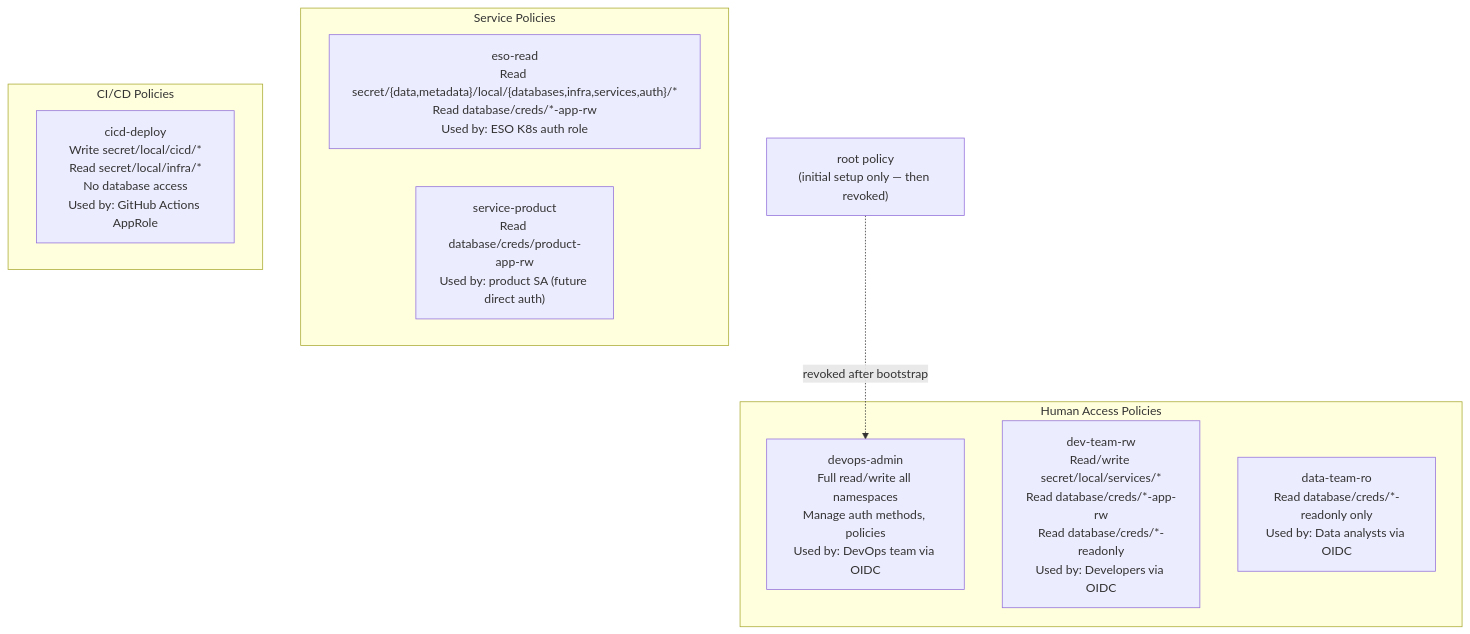
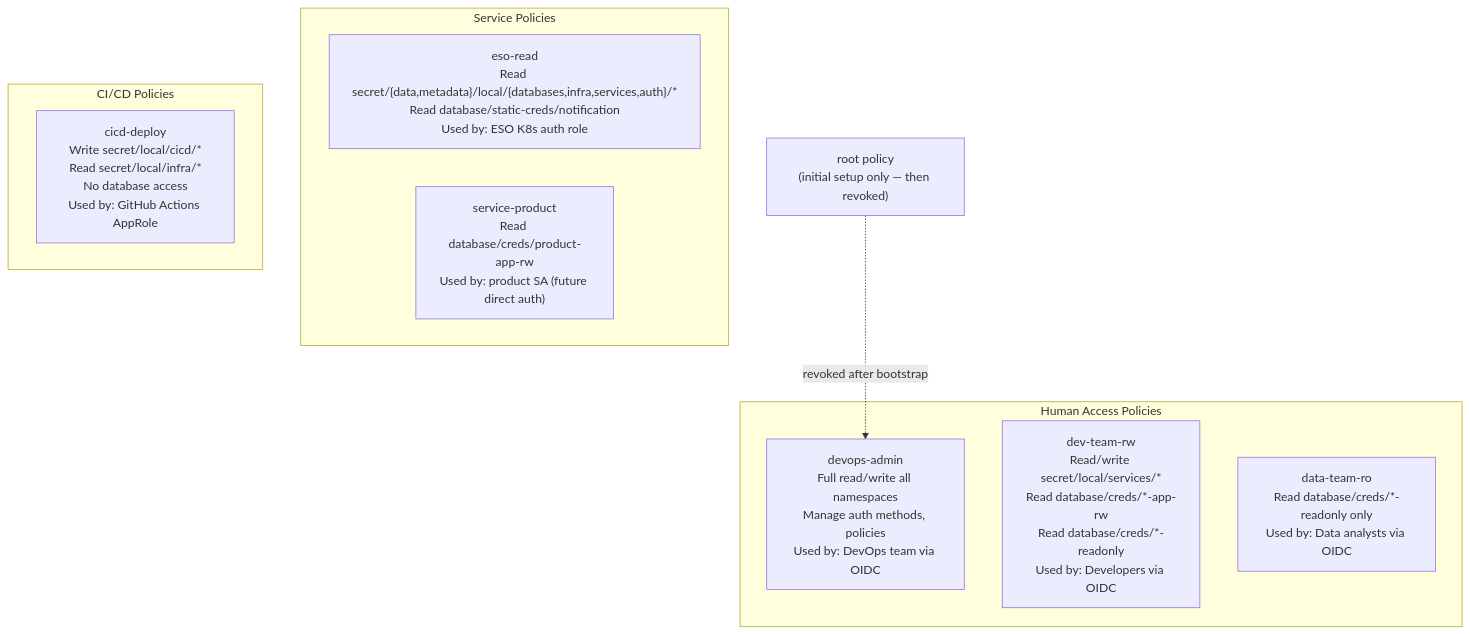
Before and after one commit to duynhlab/homelab: diagram 16 of 19 in docs/secrets/openbao.md, drawn with Mermaid. The commit also changed other lines of this file and 18 other files, not shown here.

````diff
--- a/docs/secrets/openbao.md
+++ b/docs/secrets/openbao.md
@@ -785,22 +785,22 @@
 ```mermaid
 flowchart TD
     root_policy["root policy\n(initial setup only — then revoked)"]
 
     subgraph human["Human Access Policies"]
         devops_admin["devops-admin\nFull read/write all namespaces\nManage auth methods, policies\nUsed by: DevOps team via OIDC"]
         dev_rw["dev-team-rw\nRead/write secret/local/services/*\nRead database/creds/*-app-rw\nRead database/creds/*-readonly\nUsed by: Developers via OIDC"]
         data_ro["data-team-ro\nRead database/creds/*-readonly only\nUsed by: Data analysts via OIDC"]
     end
 
     subgraph service["Service Policies"]
-        eso_read["eso-read\nRead secret/{data,metadata}/local/{databases,infra,services,auth}/*\nRead database/creds/*-app-rw\nUsed by: ESO K8s auth role"]
+        eso_read["eso-read\nRead secret/{data,metadata}/local/{databases,infra,services,auth}/*\nRead database/static-creds/notification\nUsed by: ESO K8s auth role"]
         svc_product["service-product\nRead database/creds/product-app-rw\nUsed by: product SA (future direct auth)"]
     end
 
     subgraph cicd["CI/CD Policies"]
         cicd_deploy["cicd-deploy\nWrite secret/local/cicd/*\nRead secret/local/infra/*\nNo database access\nUsed by: GitHub Actions AppRole"]
     end
 
     root_policy -.->|"revoked after bootstrap"| devops_admin
     devops_admin & dev_rw & data_ro & eso_read & svc_product & cicd_deploy
 ```
````
